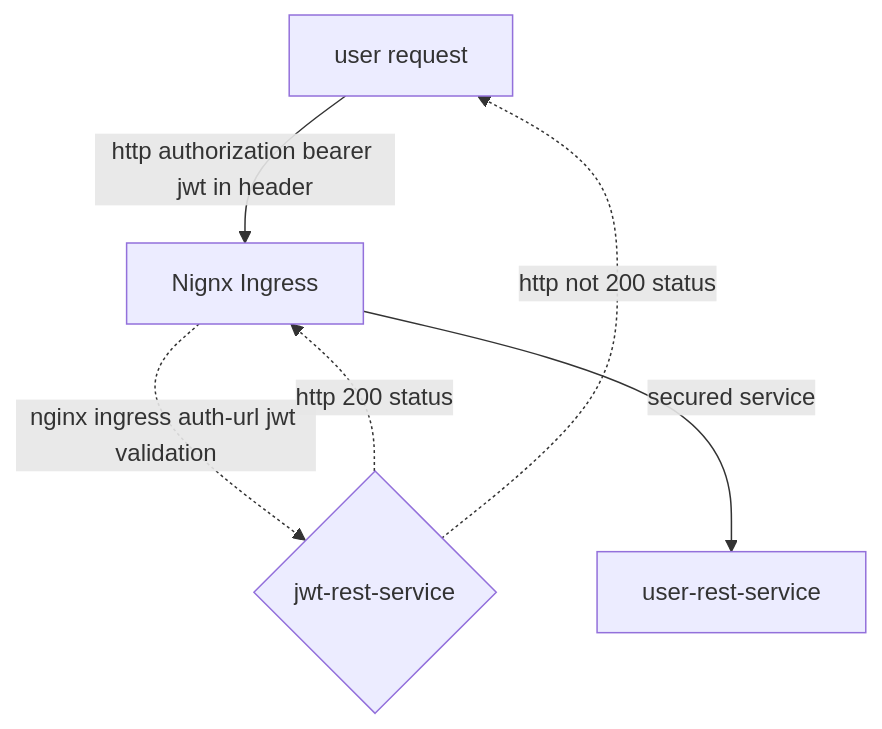
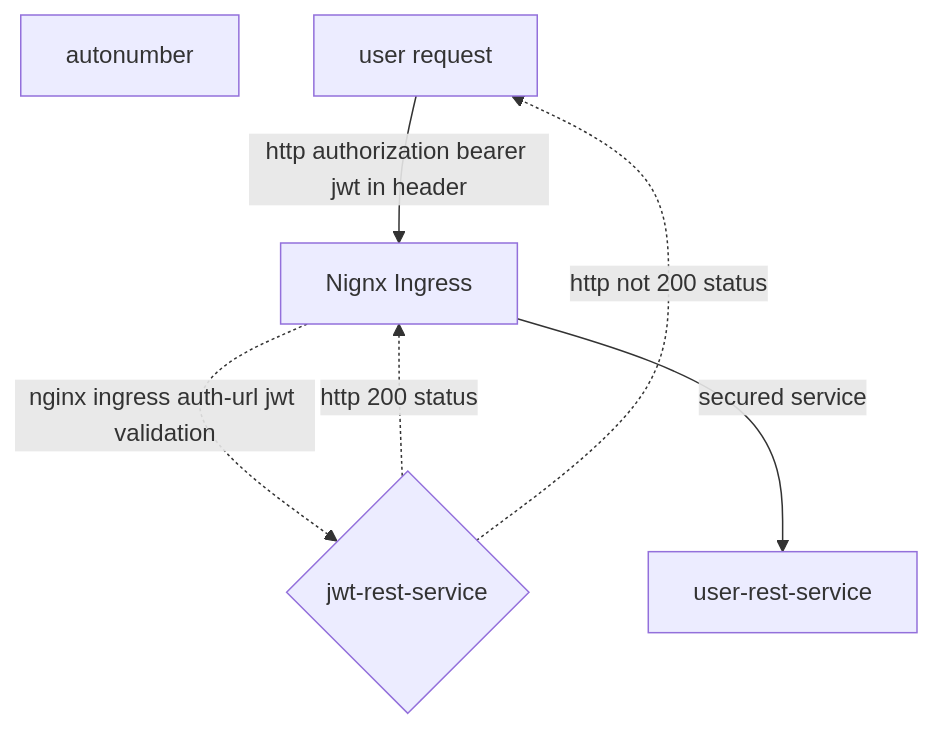
The third of 3 diagrams in README.md (sonamsamdupkhangsar/sonamsamdupkhangsar.github.io), drawn with Mermaid before and after one commit.

Commit message:
add jwt redirection

````diff
--- a/README.md
+++ b/README.md
@@ -32,8 +32,9 @@
 ```mermaid
 flowchart TD
+    autonumber
     A[user request] --> |http authorization bearer jwt in header| B[Nignx Ingress]
     B -.-> | nginx ingress auth-url jwt validation| C{jwt-rest-service}
     C -.-> |http 200 status| B
     B -->|secured service| D[user-rest-service] 
     C -.-> | http not 200 status| A
 ``` 
````
